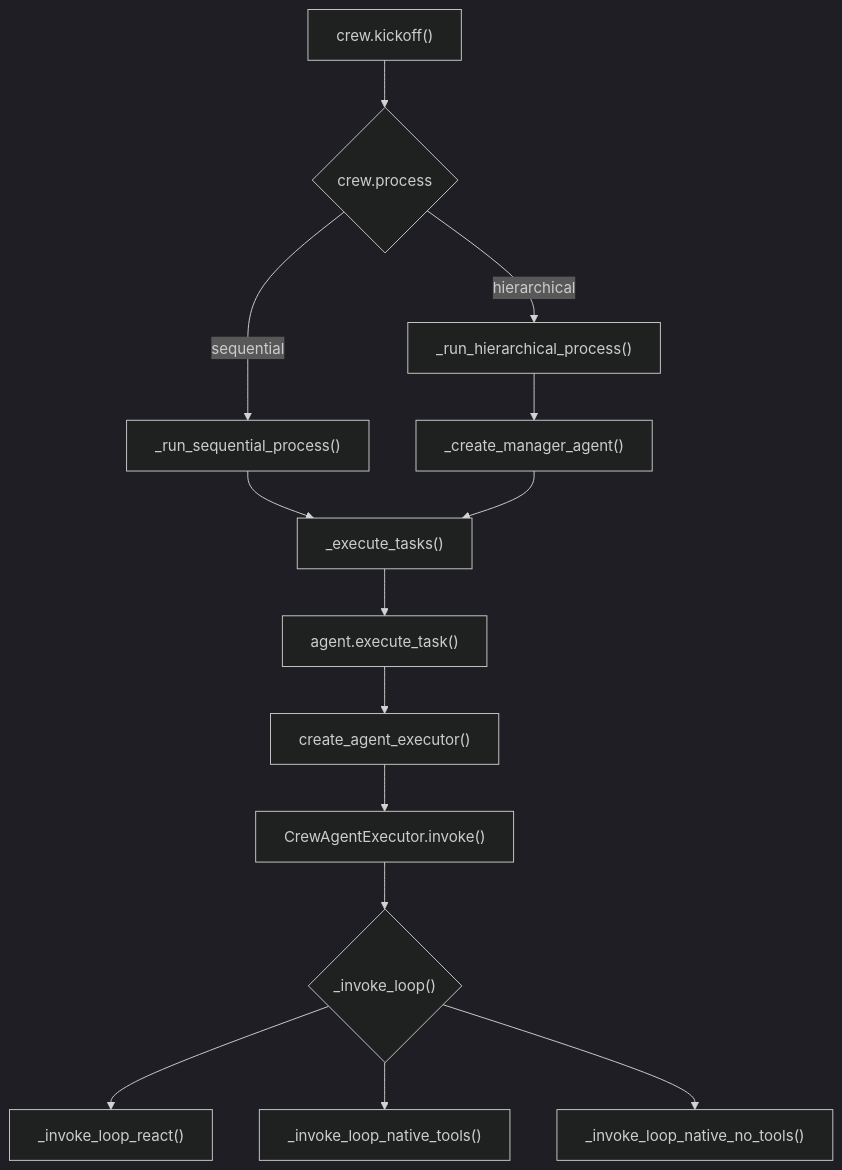
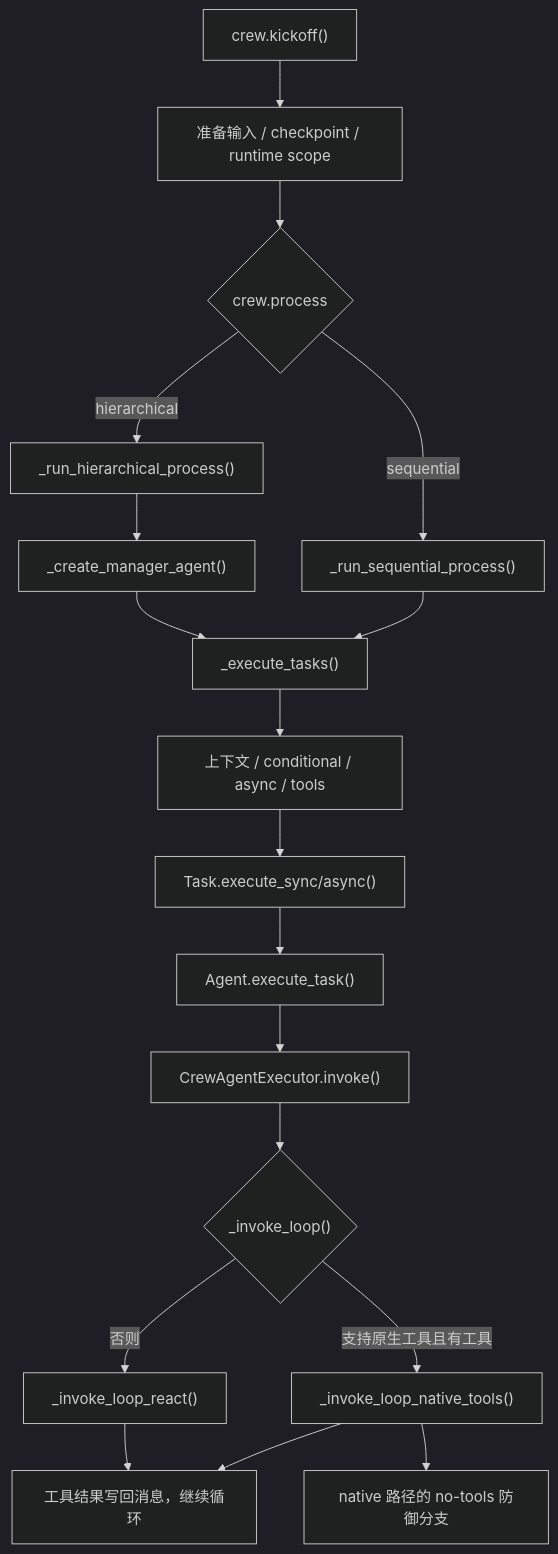
One commit to huzhiwu1/crewai-source-study changed the diagram in docs/crewai-source-map.md. Above: the diagram before and after it, drawn with Mermaid (dark theme). The commit also changed other lines of this file and 24 other files, not shown here.

````diff
--- a/docs/crewai-source-map.md
+++ b/docs/crewai-source-map.md
@@ -28,16 +28,20 @@
 ```mermaid
 graph TD
-  A["crew.kickoff()"] --> B{"crew.process"}
+  A["crew.kickoff()"] --> A1["准备输入 / checkpoint / runtime scope"]
+  A1 --> B{"crew.process"}
   B -->|sequential| C["_run_sequential_process()"]
   B -->|hierarchical| D["_run_hierarchical_process()"]
   D --> E["_create_manager_agent()"]
   C --> F["_execute_tasks()"]
   E --> F
-  F --> G["agent.execute_task()"]
-  G --> H["create_agent_executor()"]
+  F --> F1["上下文 / conditional / async / tools"]
+  F1 --> G["Task.execute_sync/async()"]
+  G --> H["Agent.execute_task()"]
   H --> I["CrewAgentExecutor.invoke()"]
   I --> J{"_invoke_loop()"}
-  J --> K["_invoke_loop_react()"]
-  J --> L["_invoke_loop_native_tools()"]
-  J --> M["_invoke_loop_native_no_tools()"]
+  J -->|支持原生工具且有工具| K["_invoke_loop_native_tools()"]
+  J -->|否则| L["_invoke_loop_react()"]
+  K --> M["工具结果写回消息，继续循环"]
+  K --> N["native 路径的 no-tools 防御分支"]
+  L --> M
 ```
````
